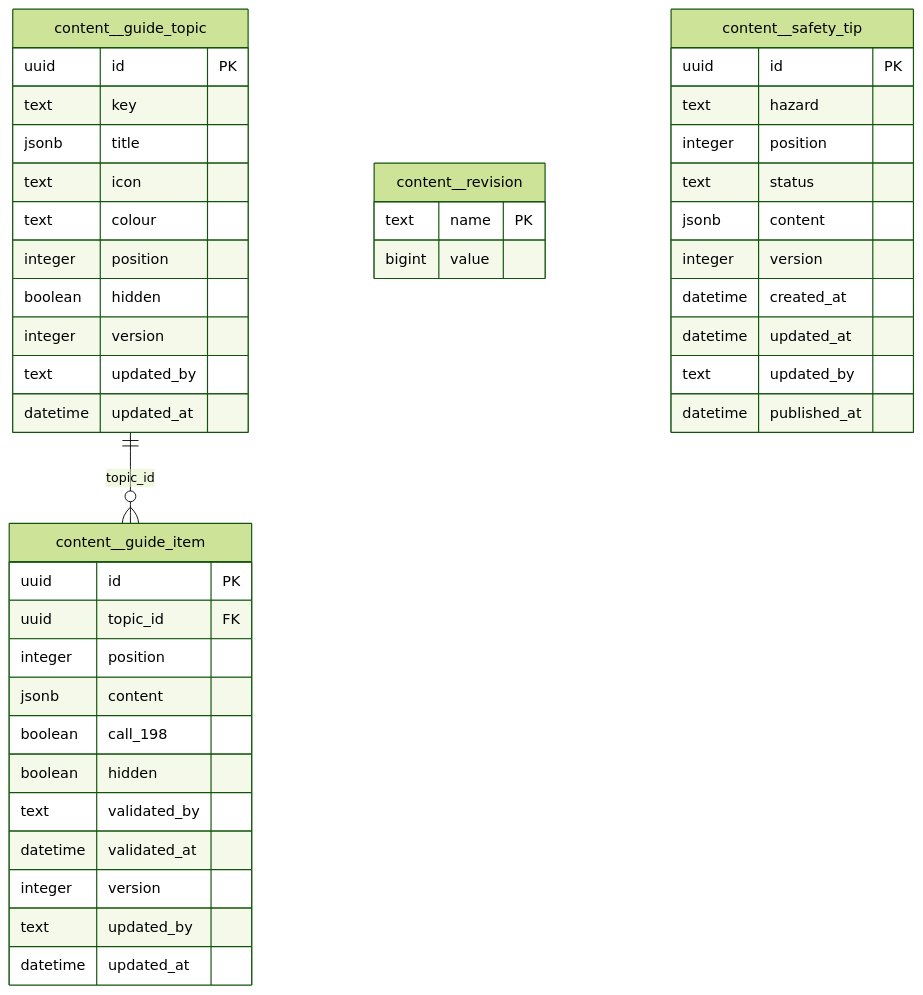
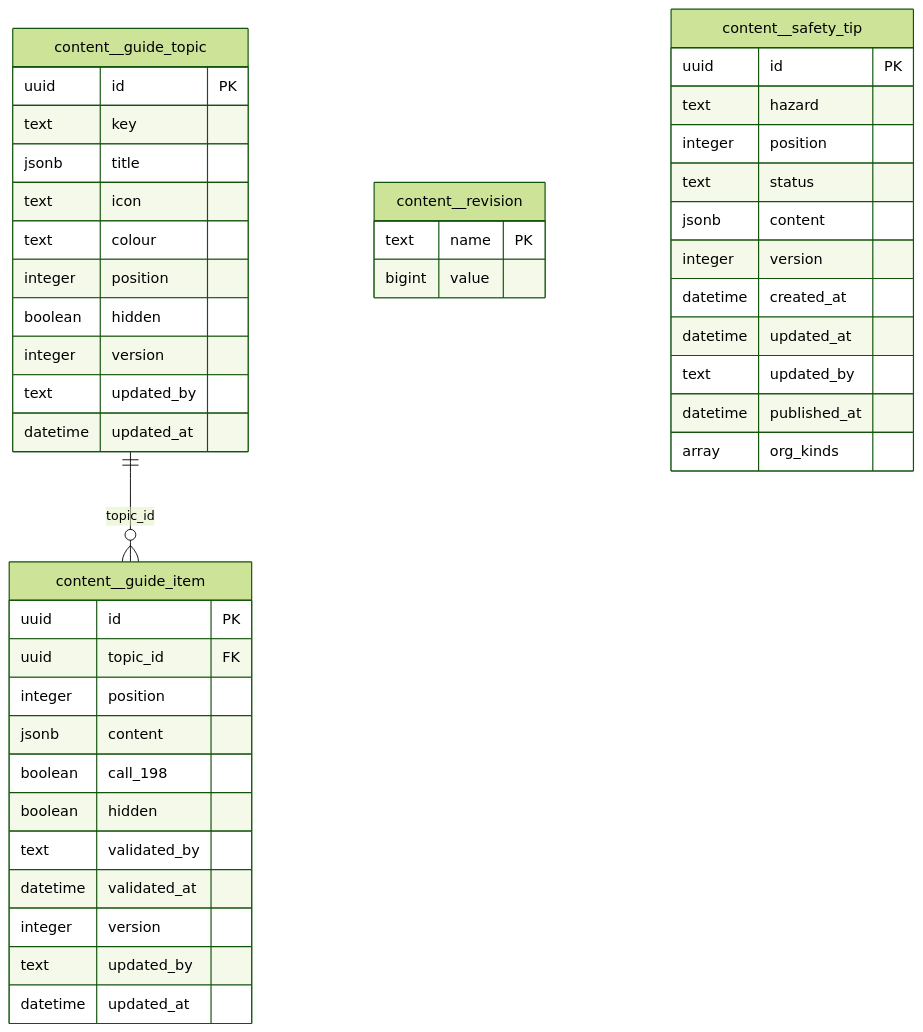
The fifth of 20 diagrams in docs/erd.md (mouhabouk/E-HIMAYA), drawn with Mermaid (forest theme) before and after one commit. The commit also changed other lines of this file and 73 other files, not shown here.

````diff
--- a/docs/erd.md
+++ b/docs/erd.md
@@ -190,45 +190,46 @@
 ```mermaid
 erDiagram
     content__guide_item {
         uuid id PK
         uuid topic_id FK
         integer position
         jsonb content
         boolean call_198
         boolean hidden
         text validated_by
         datetime validated_at
         integer version
         text updated_by
         datetime updated_at
     }
     content__guide_topic {
         uuid id PK
         text key
         jsonb title
         text icon
         text colour
         integer position
         boolean hidden
         integer version
         text updated_by
         datetime updated_at
     }
     content__revision {
         text name PK
         bigint value
     }
     content__safety_tip {
         uuid id PK
         text hazard
         integer position
         text status
         jsonb content
         integer version
         datetime created_at
         datetime updated_at
         text updated_by
         datetime published_at
+        array org_kinds
     }
     content__guide_topic ||--o{ content__guide_item : "topic_id"
 ```
````
